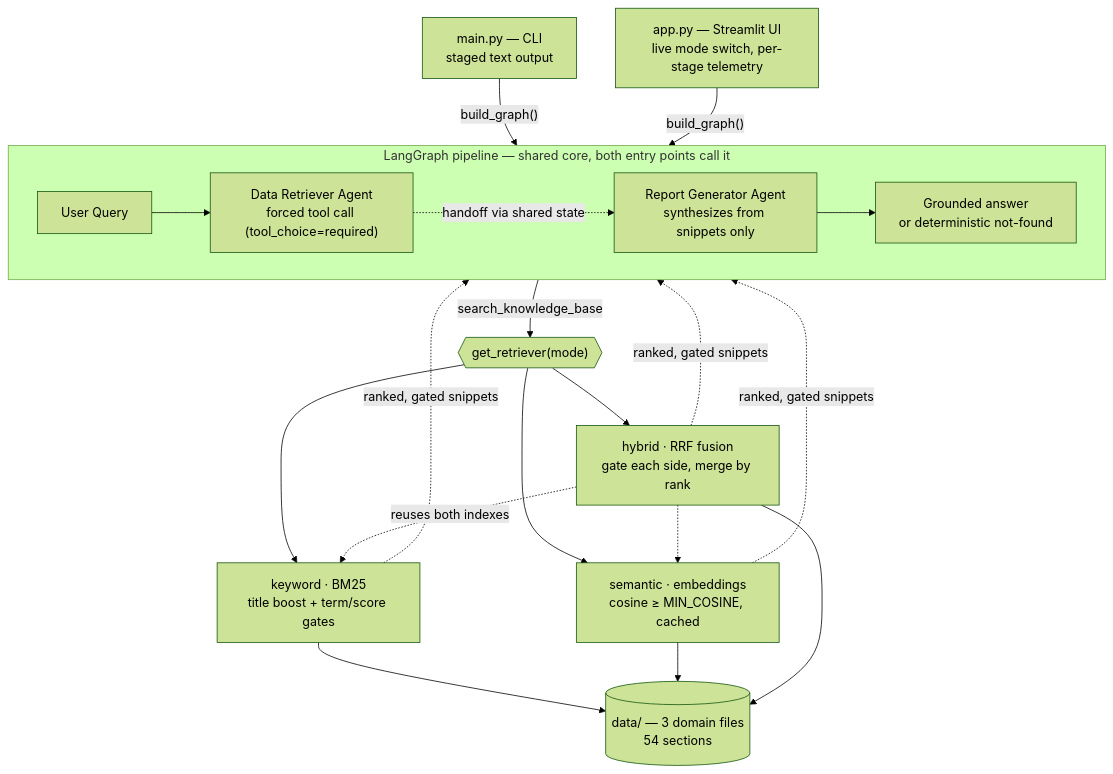
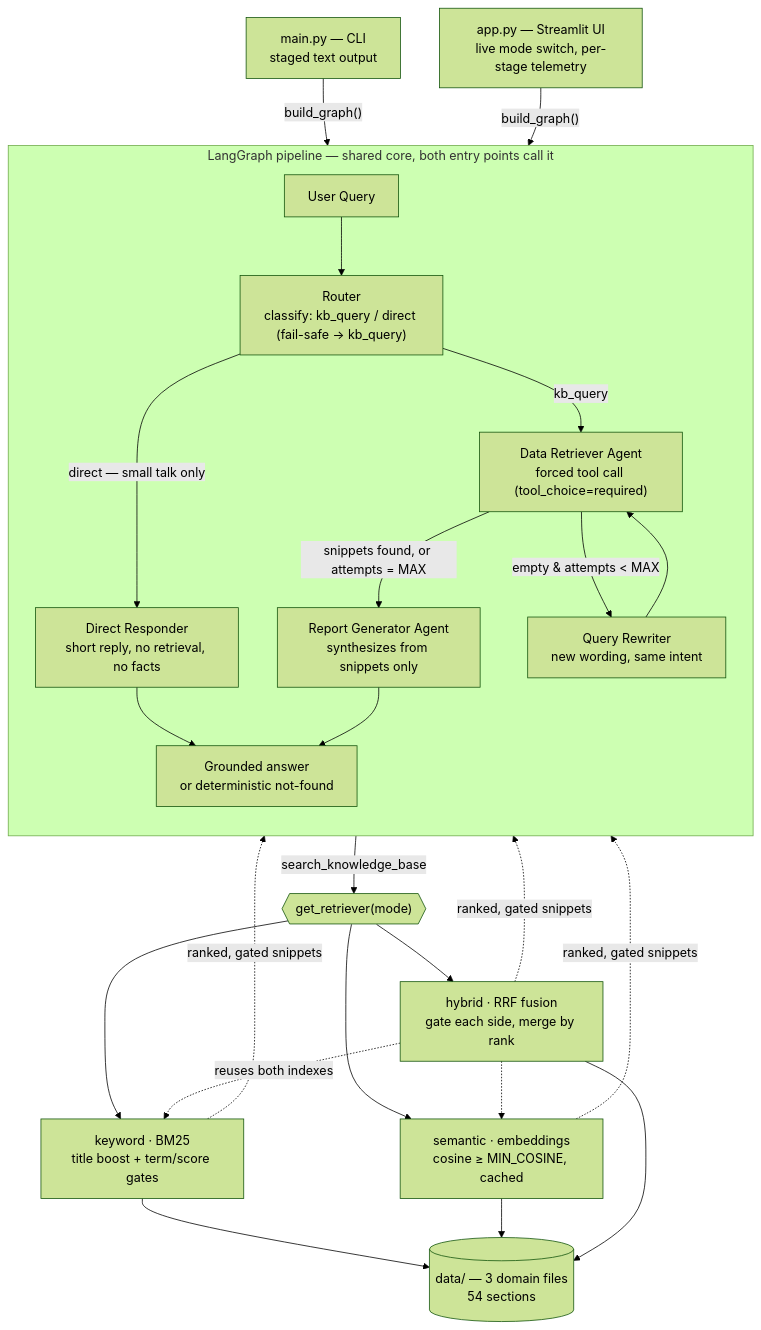
One commit to Sayomphon/Agentic-RAG-Assistant changed the diagram in README.md. Above: the diagram before and after it, drawn with Mermaid (forest theme). The commit also changed other lines of this file and 2 other files, not shown here.

First line of the commit message:
docs: refresh README architecture for router and retry loop

````diff
--- a/README.md
+++ b/README.md
@@ -13,22 +18,27 @@
 ```mermaid
 flowchart TB
     CLI["main.py — CLI<br/>staged text output"]
     UI["app.py — Streamlit UI<br/>live mode switch, per-stage telemetry"]
     CLI & UI -->|"build_graph()"| BG
 
     subgraph BG["LangGraph pipeline — shared core, both entry points call it"]
-      direction LR
-      Q[User Query] --> R["Data Retriever Agent<br/>forced tool call (tool_choice=required)"]
-      R -. "handoff via shared state" .-> GEN["Report Generator Agent<br/>synthesizes from snippets only"]
+      direction TB
+      Q[User Query] --> RT["Router<br/>classify: kb_query / direct (fail-safe → kb_query)"]
+      RT -->|"direct — small talk only"| DIR["Direct Responder<br/>short reply, no retrieval, no facts"]
+      RT -->|kb_query| R["Data Retriever Agent<br/>forced tool call (tool_choice=required)"]
+      R -->|"snippets found, or attempts = MAX"| GEN["Report Generator Agent<br/>synthesizes from snippets only"]
+      R -->|"empty & attempts < MAX"| RW["Query Rewriter<br/>new wording, same intent"]
+      RW --> R
       GEN --> OUT["Grounded answer<br/>or deterministic not-found"]
+      DIR --> OUT
     end
 
     R -->|"search_knowledge_base"| F{{"get_retriever(mode)"}}
     F --> K["keyword · BM25<br/>title boost + term/score gates"]
     F --> S["semantic · embeddings<br/>cosine ≥ MIN_COSINE, cached"]
     F --> H["hybrid · RRF fusion<br/>gate each side, merge by rank"]
     H -. "reuses both indexes" .-> K
     H -.-> S
     K & S & H --> KB[("data/ — 3 domain files<br/>54 sections")]
     K & S & H -. "ranked, gated snippets" .-> R
 ```
````
